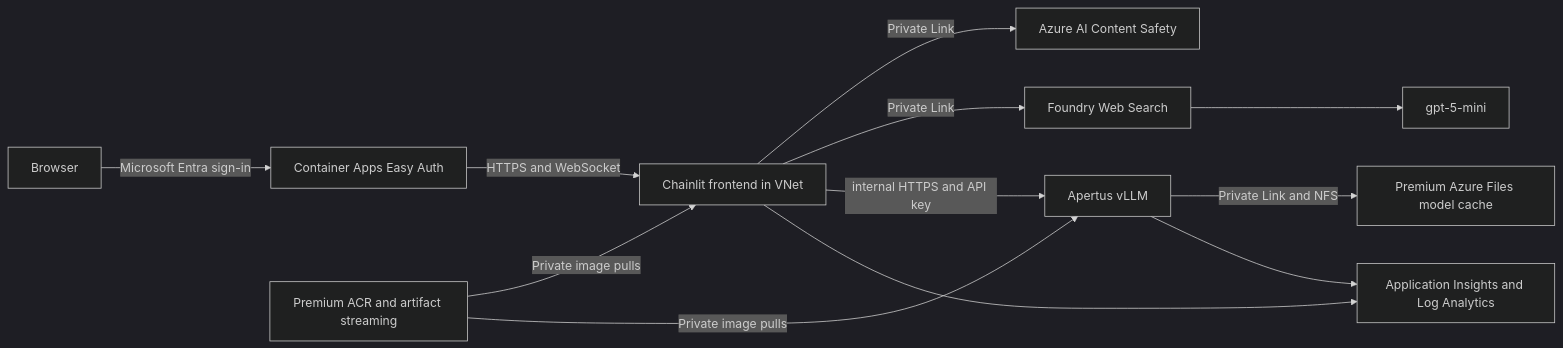
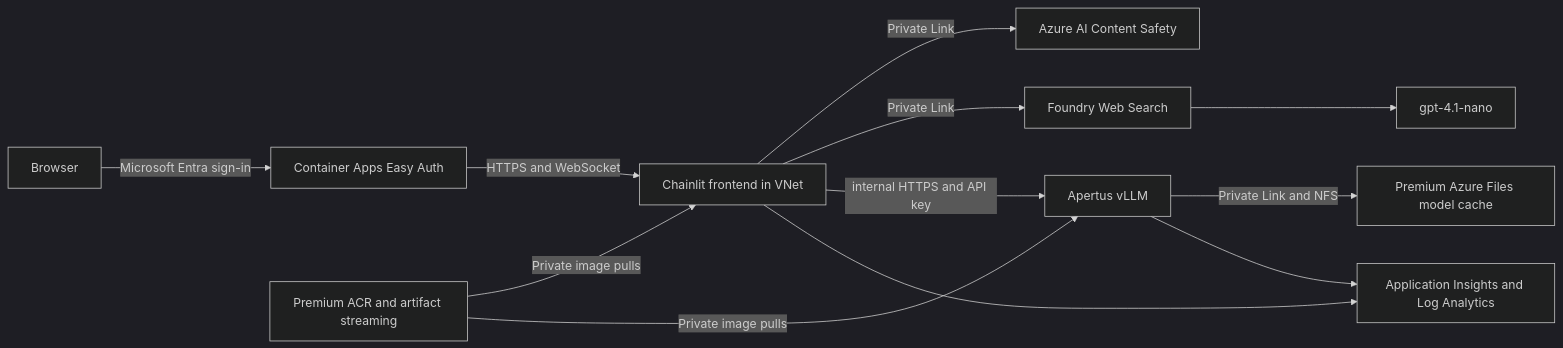
The diagram in README.md (francesco-sodano/aca-apertus1.5-8B), drawn with Mermaid (dark theme) before and after one commit. The commit also changed other lines of this file and 11 other files, not shown here.

Commit message:
fix: use faster grounding and correct model identity

````diff
--- a/README.md
+++ b/README.md
@@ -57,14 +57,14 @@
 ```mermaid
 flowchart LR
 		Browser -->|Microsoft Entra sign-in| Auth[Container Apps Easy Auth]
 		Auth -->|HTTPS and WebSocket| Frontend[Chainlit frontend in VNet]
 		Frontend -->|Private Link| Safety[Azure AI Content Safety]
 		Frontend -->|Private Link| Search[Foundry Web Search]
-		Search --> GroundingModel[gpt-5-mini]
+		Search --> GroundingModel[gpt-4.1-nano]
 		Frontend -->|internal HTTPS and API key| Inference[Apertus vLLM]
 		Inference -->|Private Link and NFS| Files[Premium Azure Files model cache]
 		ACR[Premium ACR and artifact streaming] -->|Private image pulls| Frontend
 		ACR -->|Private image pulls| Inference
 		Frontend --> Monitor[Application Insights and Log Analytics]
 		Inference --> Monitor
 ```
````
